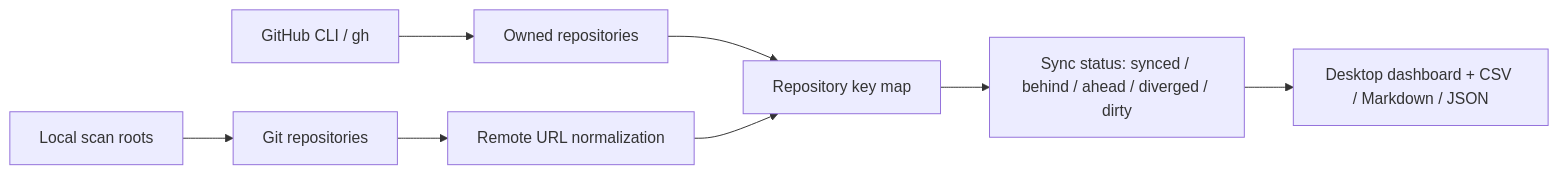
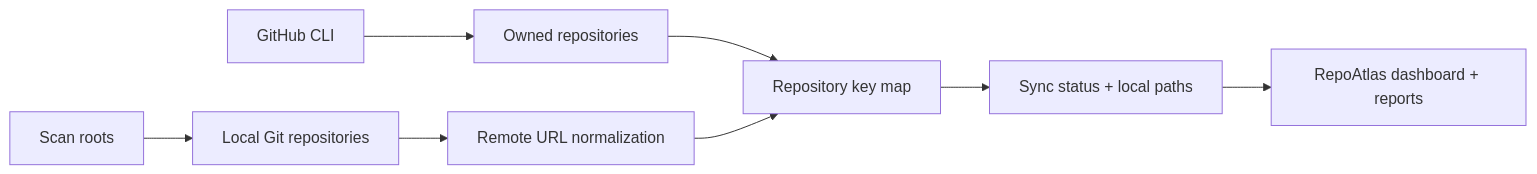
Before and after one commit to Harzva/RepoAtlas: the diagram in README.md, drawn with Mermaid. The commit also changed other lines of this file and 13 other files, not shown here.

Commit message:
Generalize project as RepoAtlas

````diff
--- a/README.md
+++ b/README.md
@@ -71,10 +74,10 @@
 ```mermaid
 flowchart LR
-  A["GitHub CLI / gh"] --> B["Owned repositories"]
-  C["Local scan roots"] --> D["Git repositories"]
+  A["GitHub CLI"] --> B["Owned repositories"]
+  C["Scan roots"] --> D["Local Git repositories"]
   D --> E["Remote URL normalization"]
   B --> F["Repository key map"]
   E --> F
-  F --> G["Sync status: synced / behind / ahead / diverged / dirty"]
-  G --> H["Desktop dashboard + CSV / Markdown / JSON"]
+  F --> G["Sync status + local paths"]
+  G --> H["RepoAtlas dashboard + reports"]
 ```
````
